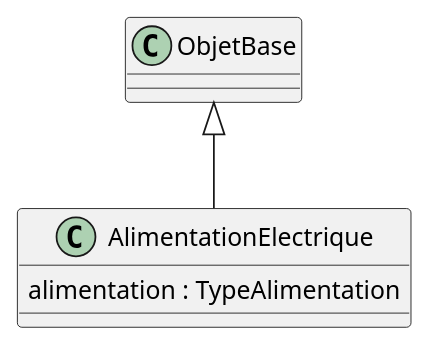
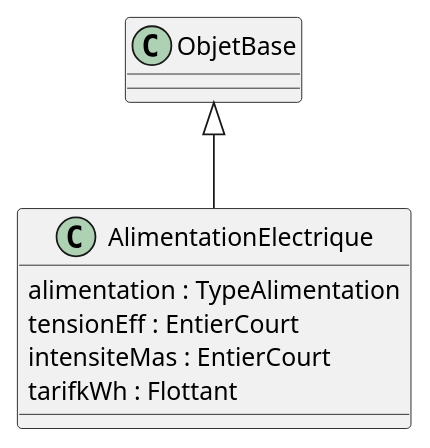
One commit to beerfactory/brewbox-uml changed the diagram in src/class/include/alimentationElectrique.iuml. Above: the diagram before and after it, drawn with PlantUML.

```diff
--- a/src/class/include/alimentationElectrique.iuml
+++ b/src/class/include/alimentationElectrique.iuml
@@ -1,5 +1,8 @@
 class AlimentationElectrique {
 	alimentation : TypeAlimentation
+	tensionEff : EntierCourt
+	intensiteMas : EntierCourt
+	tarifkWh : Flottant
 }
 
 ObjetBase <|-- AlimentationElectrique
```
